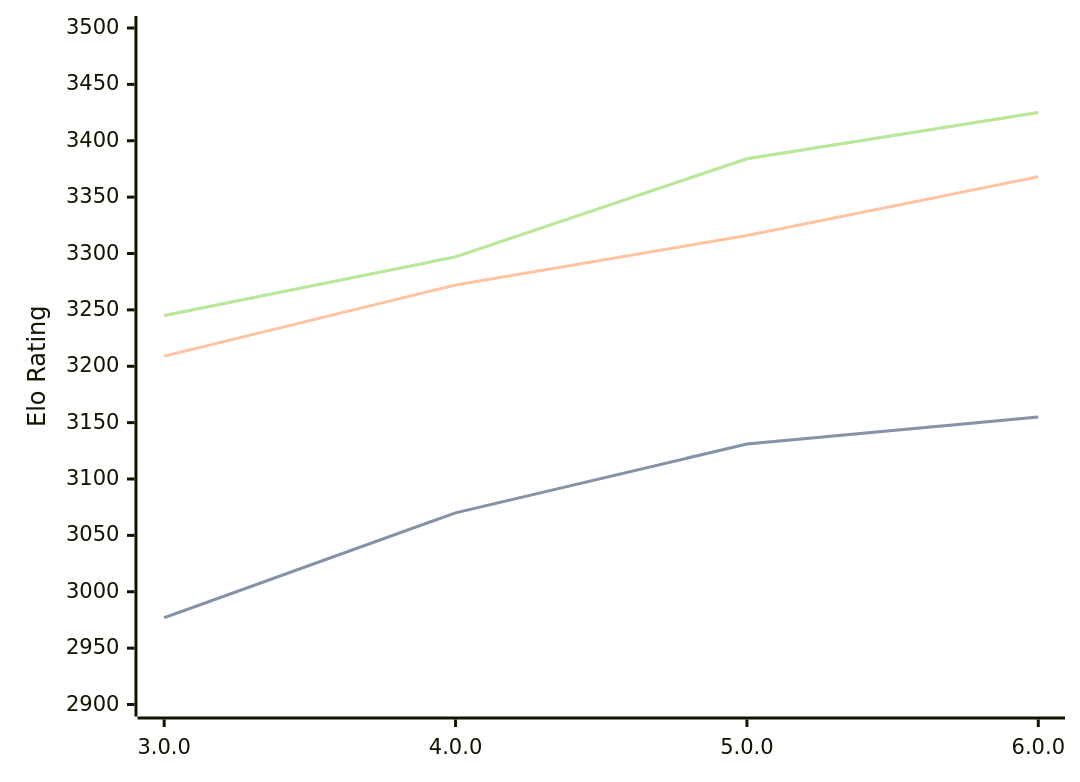
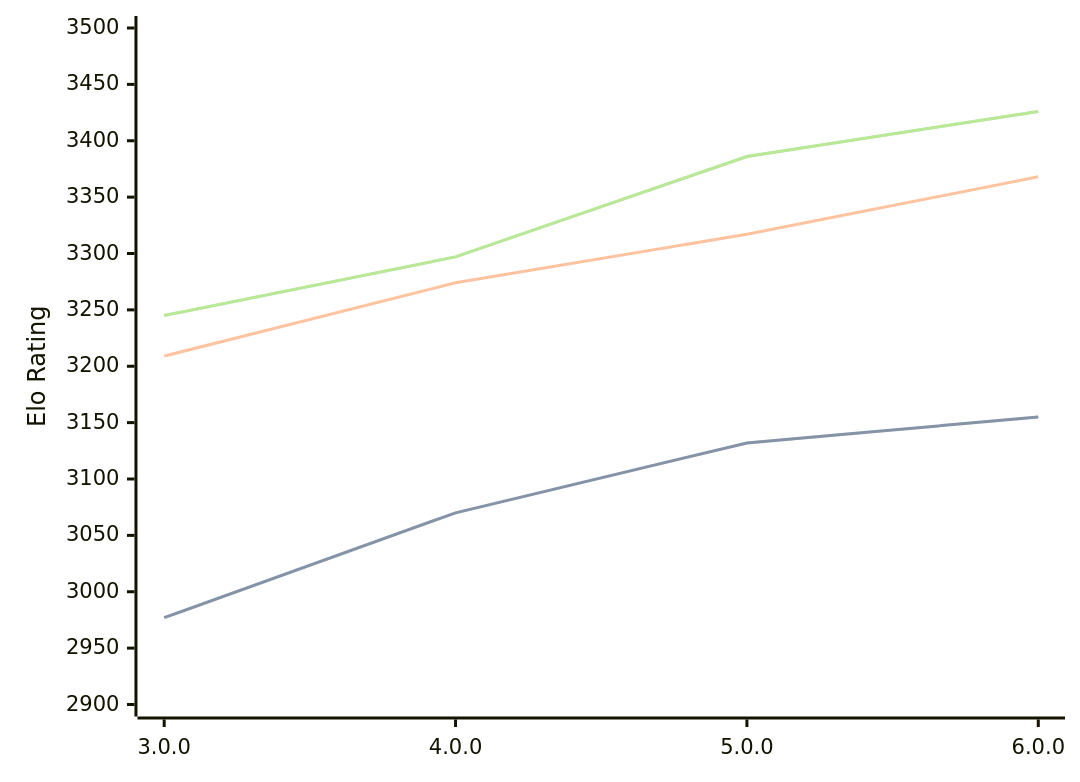
Before and after one commit to computer-chess-index/cci: the diagram in engines/Minke.md, drawn with Mermaid. The commit also changed other lines of this file, not shown here.

Commit message:
Update CCI Ratings (ELO VLTC) - 2026-08-27

````diff
--- a/engines/Minke.md
+++ b/engines/Minke.md
@@ -34,11 +34,11 @@
 ```mermaid
 %%{init: {"theme":"base","themeVariables":{"seriesColors:['#a3a3a3','#222221','#faa371']}}}%%
 xychart-beta
   x-axis ["3.0.0", "4.0.0", "5.0.0", "6.0.0"]
   y-axis "Elo Rating" 2900 --> 3500
-  line "STC (8.0+0.08s)" [2977, 3070, 3131, 3155]
-  line "STC (8.0+0.08s)" [2977, 3070, 3131, 3155]
-  line "LTC (60.0+0.60s)" [3209, 3272, 3316, 3368]
-  line "VLTC (2m24s+1.12s)" [3245, 3297, 3384, 3425]
-  line "VLTC (2m24s+1.12s)" [3245, 3297, 3384, 3425]
+  line "STC (8.0+0.08s)" [2977, 3070, 3132, 3155]
+  line "STC (8.0+0.08s)" [2977, 3070, 3132, 3155]
+  line "LTC (60.0+0.60s)" [3209, 3274, 3317, 3368]
+  line "VLTC (2m24s+1.12s)" [3245, 3297, 3386, 3426]
+  line "VLTC (2m24s+1.12s)" [3245, 3297, 3386, 3426]
 ```
````
